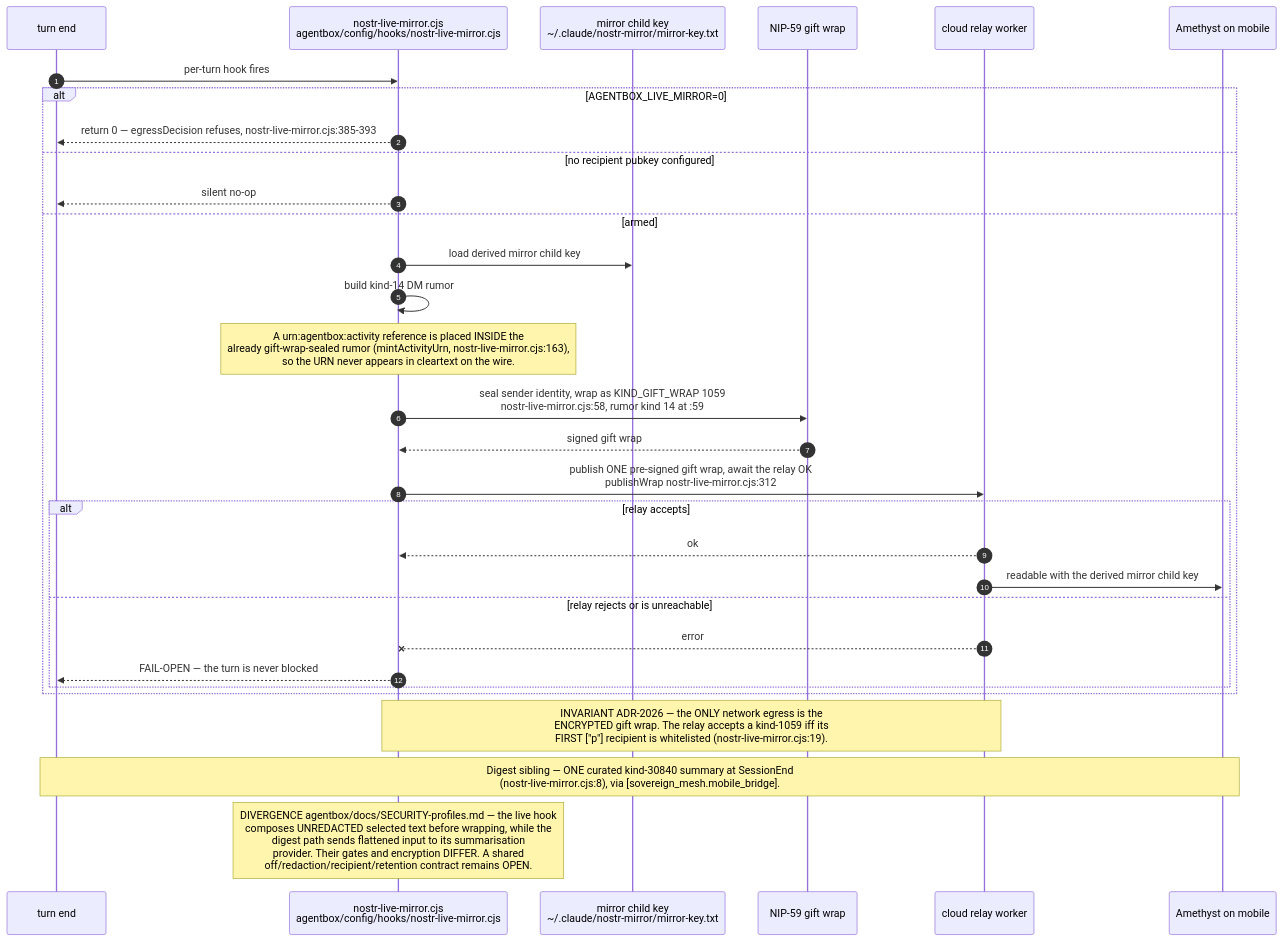
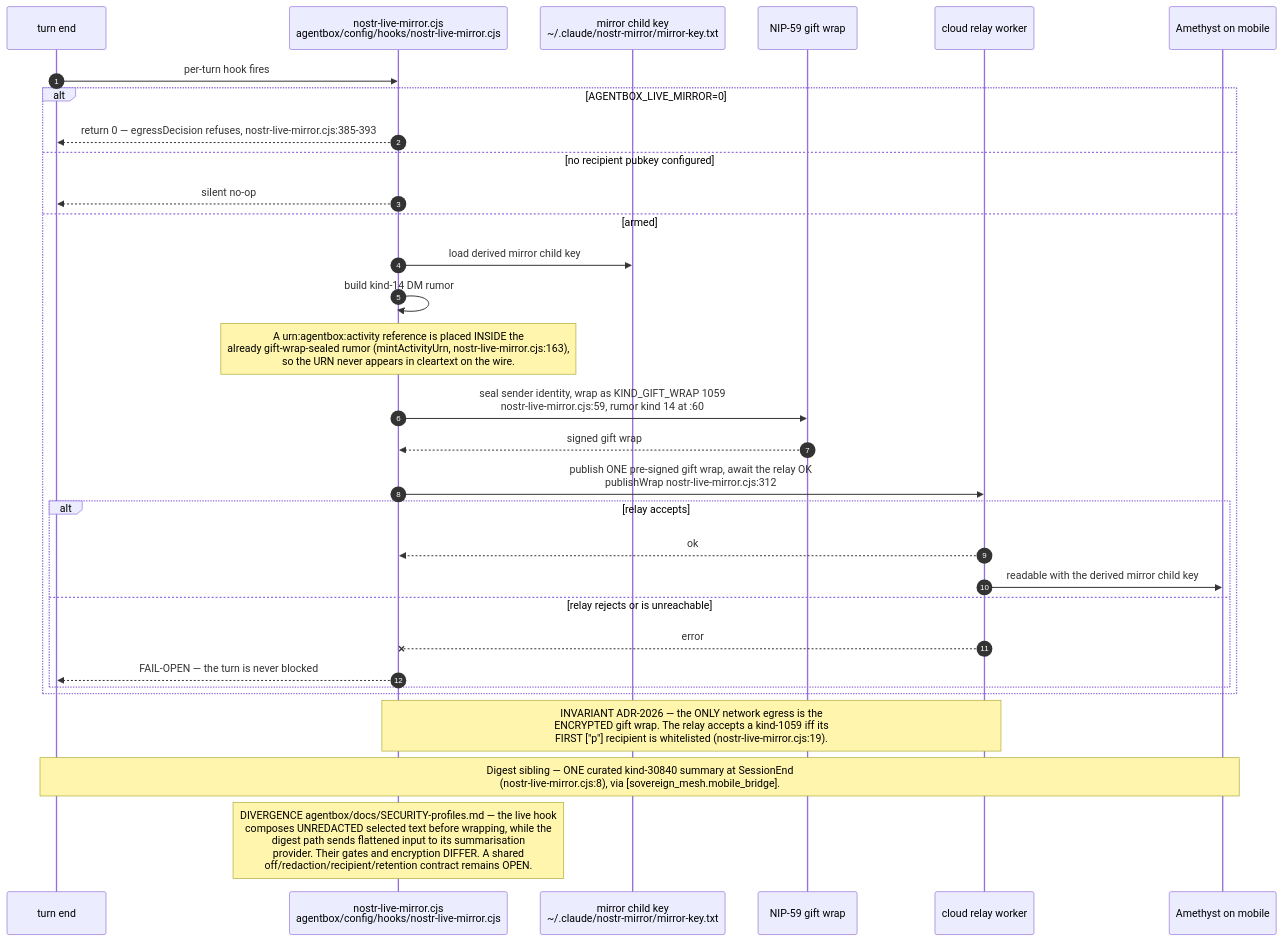
Before and after one commit to DreamLab-AI/VisionFlow: the sixth of 6 diagrams in docs/diagrams/estate/04-identity-mesh-did-nostr.md, drawn with Mermaid. The commit also changed other lines of this file and 51 other files, not shown here.

First line of the commit message:
docs(diagrams): agentbox AB-01..13 re-attested anchor by anchor (980 anchors, 22 defects); checkpoint against an out-of-mesh writer

````diff
--- a/docs/diagrams/estate/04-identity-mesh-did-nostr.md
+++ b/docs/diagrams/estate/04-identity-mesh-did-nostr.md
@@ -256,34 +256,34 @@
 ```mermaid
 sequenceDiagram
     autonumber
     participant T as turn end
     participant HK as nostr-live-mirror.cjs<br/>agentbox/config/hooks/nostr-live-mirror.cjs
     participant MK as mirror child key<br/>~/.claude/nostr-mirror/mirror-key.txt
     participant W as NIP-59 gift wrap
     participant REL as cloud relay worker
     participant AM as Amethyst on mobile
 
     T->>HK: per-turn hook fires
     alt AGENTBOX_LIVE_MIRROR=0
         HK-->>T: return 0 — egressDecision refuses, nostr-live-mirror.cjs:385-393
     else no recipient pubkey configured
         HK-->>T: silent no-op
     else armed
         HK->>MK: load derived mirror child key
         HK->>HK: build kind-14 DM rumor
         Note over HK: A urn:agentbox:activity reference is placed INSIDE the<br/>already gift-wrap-sealed rumor (mintActivityUrn, nostr-live-mirror.cjs:163),<br/>so the URN never appears in cleartext on the wire.
-        HK->>W: seal sender identity, wrap as KIND_GIFT_WRAP 1059<br/>nostr-live-mirror.cjs:58, rumor kind 14 at :59
+        HK->>W: seal sender identity, wrap as KIND_GIFT_WRAP 1059<br/>nostr-live-mirror.cjs:59, rumor kind 14 at :60
         W-->>HK: signed gift wrap
         HK->>REL: publish ONE pre-signed gift wrap, await the relay OK<br/>publishWrap nostr-live-mirror.cjs:312
         alt relay accepts
             REL-->>HK: ok
             REL->>AM: readable with the derived mirror child key
         else relay rejects or is unreachable
             REL--xHK: error
             HK-->>T: FAIL-OPEN — the turn is never blocked
         end
     end
     Note over HK,REL: INVARIANT ADR-2026 — the ONLY network egress is the<br/>ENCRYPTED gift wrap. The relay accepts a kind-1059 iff its<br/>FIRST ["p"] recipient is whitelisted (nostr-live-mirror.cjs:19).
     Note over T,AM: Digest sibling — ONE curated kind-30840 summary at SessionEnd<br/>(nostr-live-mirror.cjs:8), via [sovereign_mesh.mobile_bridge].
     Note over HK: DIVERGENCE agentbox/docs/SECURITY-profiles.md — the live hook<br/>composes UNREDACTED selected text before wrapping, while the<br/>digest path sends flattened input to its summarisation<br/>provider. Their gates and encryption DIFFER. A shared<br/>off/redaction/recipient/retention contract remains OPEN.
 ```
````
